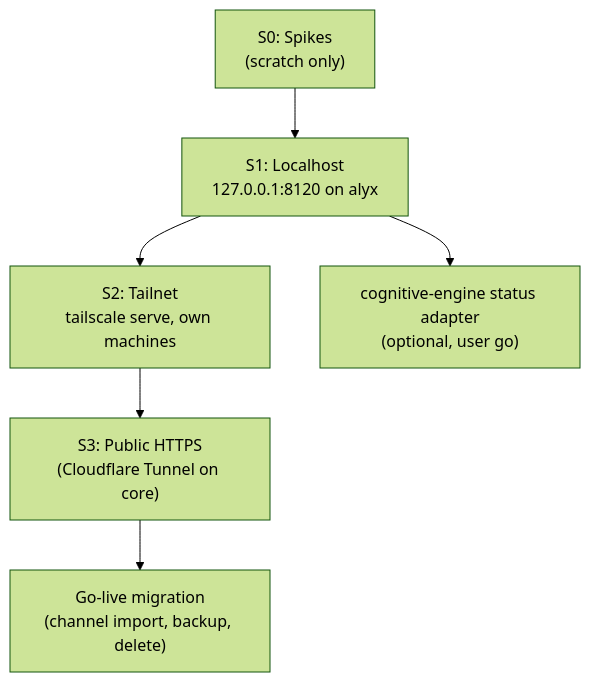
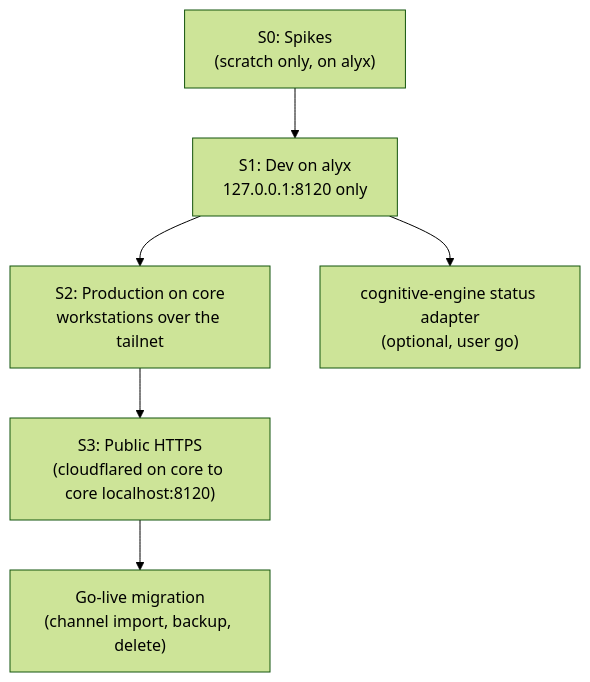
One commit to rockad/agentic-hub changed the second of 2 diagrams in plugins/coordination/docs/plans/consolidated-bridge-v2-plan.md. Above: the diagram before and after it, drawn with Mermaid (forest theme). The commit also changed other lines of this file and 7 other files, not shown here.

First line of the commit message:
docs(coordination): decisions 23-24 (core production host, service API keys)

````diff
--- a/plugins/coordination/docs/plans/consolidated-bridge-v2-plan.md
+++ b/plugins/coordination/docs/plans/consolidated-bridge-v2-plan.md
@@ -187,8 +191,8 @@
 ```mermaid
 flowchart TD
-    S0["S0: Spikes<br/>(scratch only)"] --> S1["S1: Localhost<br/>127.0.0.1:8120 on alyx"]
-    S1 --> S2["S2: Tailnet<br/>tailscale serve, own machines"]
+    S0["S0: Spikes<br/>(scratch only, on alyx)"] --> S1["S1: Dev on alyx<br/>127.0.0.1:8120 only"]
+    S1 --> S2["S2: Production on core<br/>workstations over the tailnet"]
     S1 --> CEA["cognitive-engine status adapter<br/>(optional, user go)"]
-    S2 --> S3["S3: Public HTTPS<br/>(Cloudflare Tunnel on core)"]
+    S2 --> S3["S3: Public HTTPS<br/>(cloudflared on core to core localhost:8120)"]
     S3 --> GL["Go-live migration<br/>(channel import, backup, delete)"]
 ```
````
